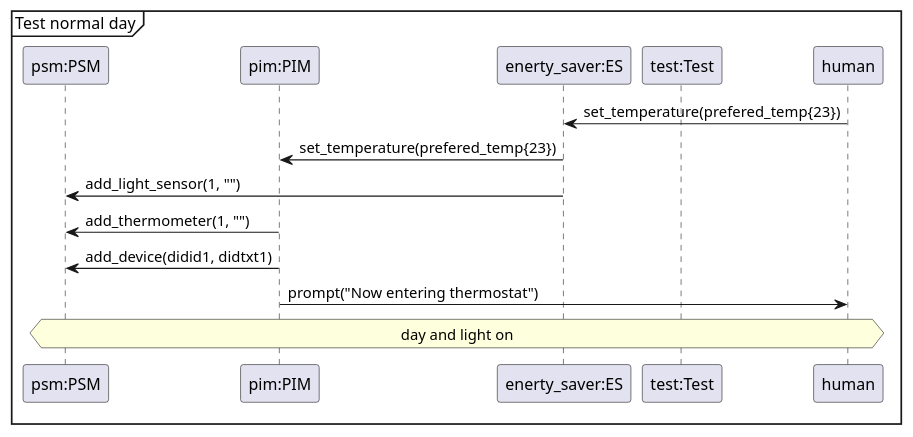
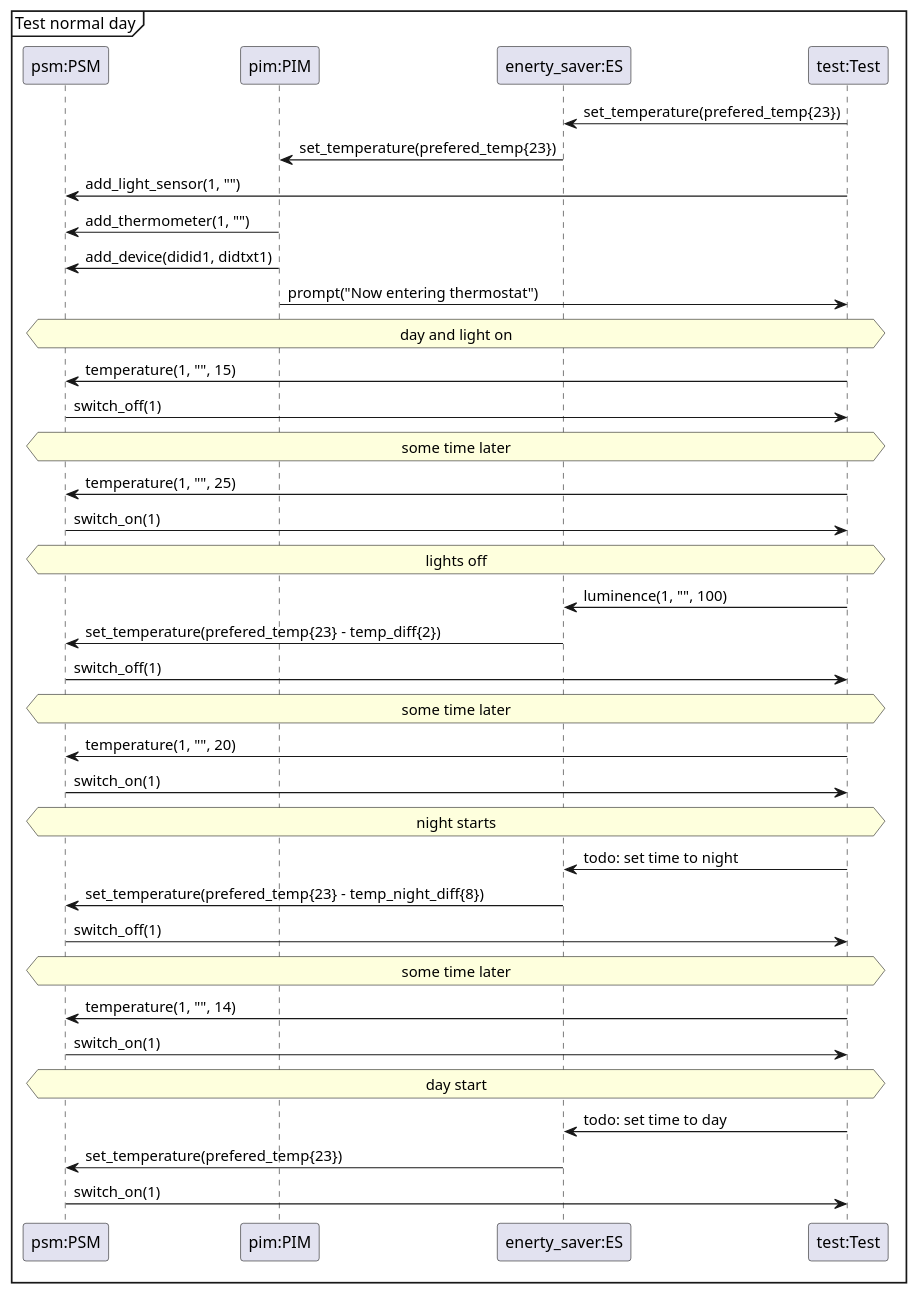
Before and after one commit to Tobhal/HIOF-Models-and-Digital-Twins: the diagram in Oblig1/sequence test diagram.plantuml, drawn with PlantUML.

Commit message:
Changes to test diagram

```diff
--- a/Oblig1/sequence test diagram.plantuml
+++ b/Oblig1/sequence test diagram.plantuml
@@ -1,26 +1,55 @@
 @startuml sequense diagram
 mainframe Test normal day
 
 participant "psm:PSM" as psm
 participant "pim:PIM" as pim
 participant "enerty_saver:ES" as es
 participant "test:Test" as test
 
 'Set preferred temp
-es <- human: set_temperature(prefered_temp{23})
+es <- test: set_temperature(prefered_temp{23})
 pim <- es: set_temperature(prefered_temp{23})
 
-psm <- es: add_light_sensor(1, "")
+psm <- test: add_light_sensor(1, "")
 
 psm <- pim: add_thermometer(1, "")
 psm <- pim: add_device(didid1, didtxt1)
 
-pim -> human: prompt("Now entering thermostat")
+pim -> test: prompt("Now entering thermostat")
 
 hnote across: day and light on
 'setup compleat
 
+psm <- test: temperature(1, "", 15)
+psm -> test: switch_off(1)
+
+hnote across: some time later
+psm <- test: temperature(1, "", 25)
+psm -> test: switch_on(1)
+
+hnote across: lights off
+es <- test: luminence(1, "", 100)
+psm <- es: set_temperature(prefered_temp{23} - temp_diff{2})
+psm -> test: switch_off(1)
+
+hnote across: some time later
+psm <- test: temperature(1, "", 20)
+psm -> test: switch_on(1)
+
+hnote across: night starts
+es <- test: todo: set time to night
+psm <- es: set_temperature(prefered_temp{23} - temp_night_diff{8})
+psm -> test: switch_off(1)
+
+hnote across: some time later
+psm <- test: temperature(1, "", 14)
+psm -> test: switch_on(1)
+
+hnote across: day start
+es <- test: todo: set time to day
+psm <- es: set_temperature(prefered_temp{23})
+psm -> test: switch_on(1)
 
 
 
 @enduml
```
